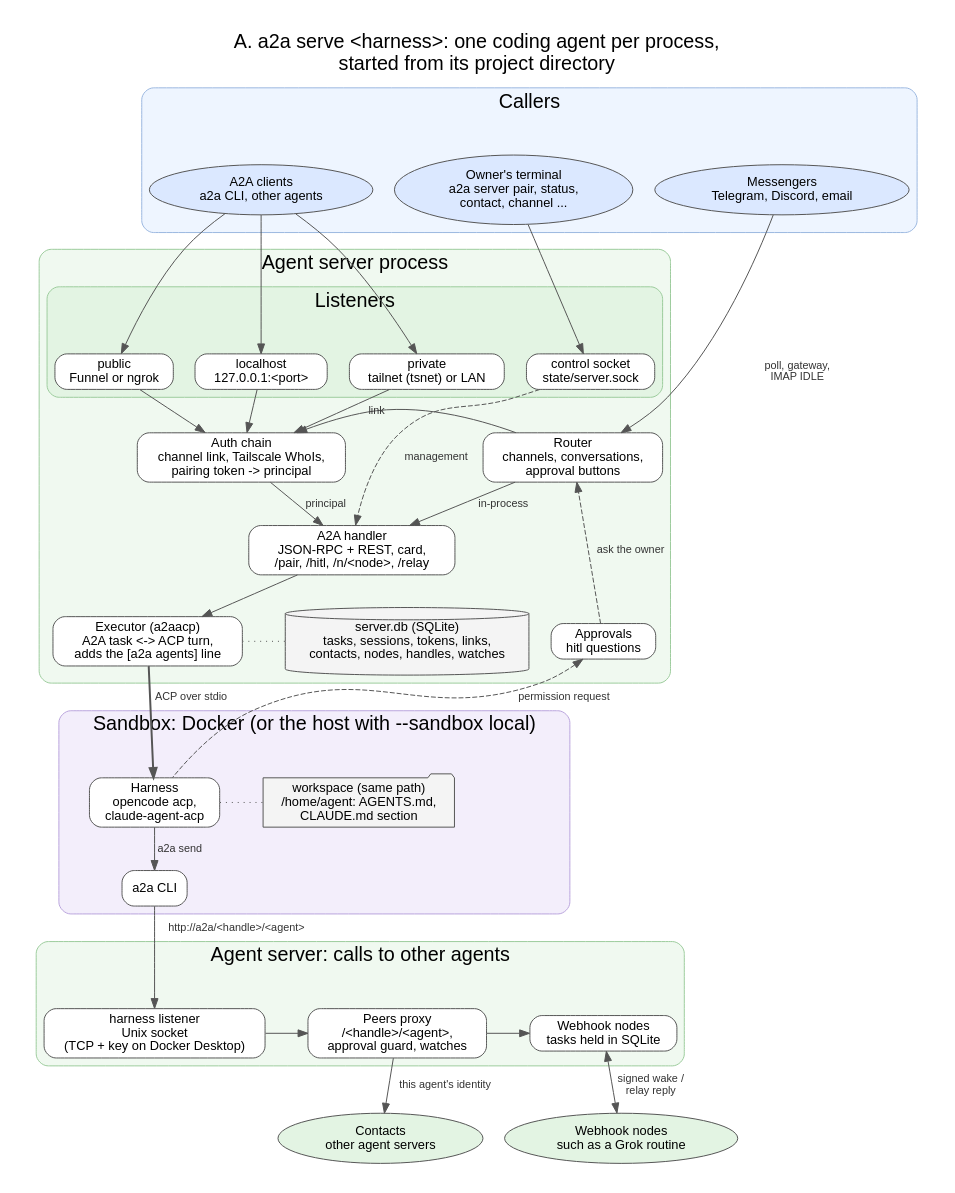
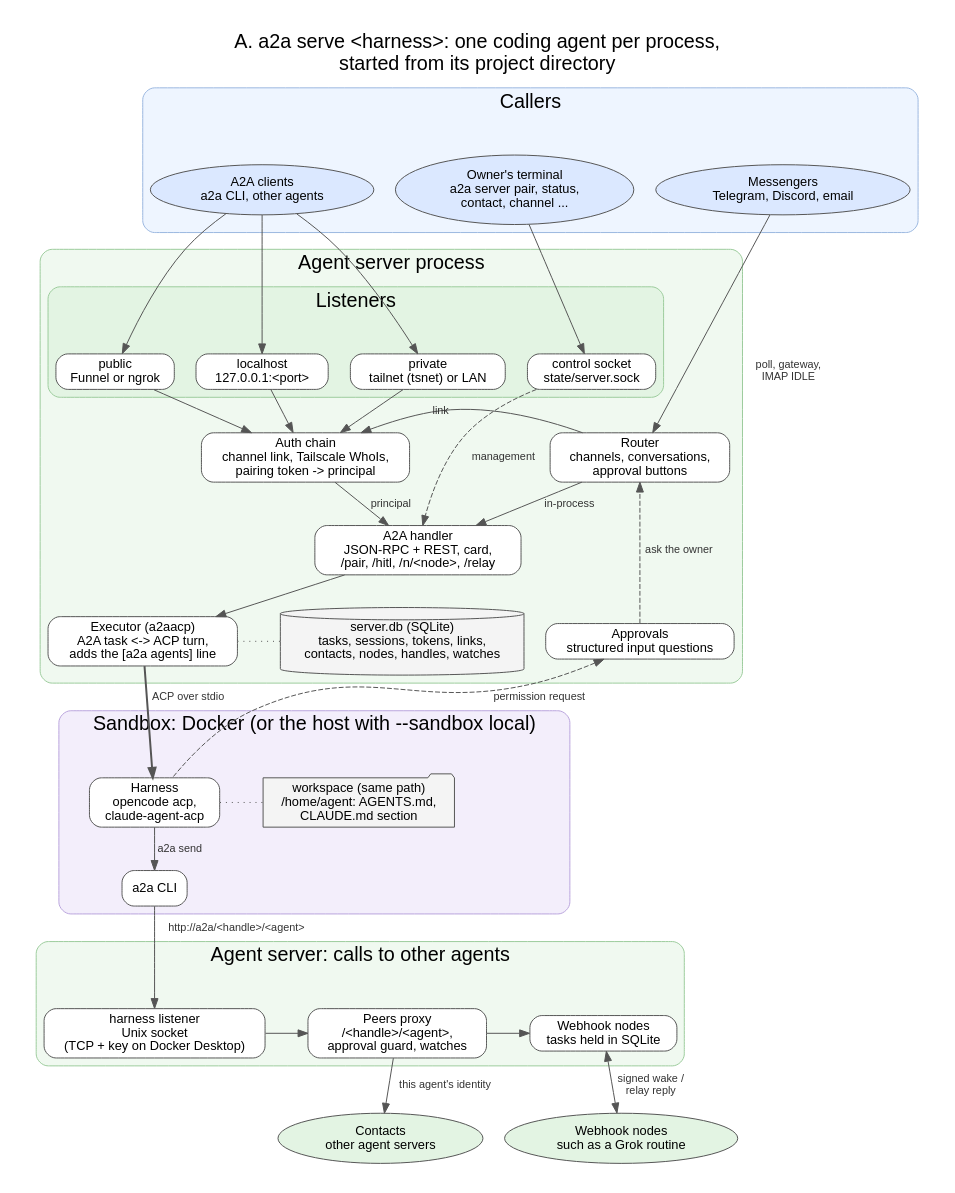
The diagram in docs/graphs/agent-server-overview.dot (a2aproject/a2a-serve), drawn with Graphviz before and after one commit. The commit also changed 24 other files, not shown here.

```diff
--- a/docs/graphs/agent-server-overview.dot
+++ b/docs/graphs/agent-server-overview.dot
@@ -1,86 +1,86 @@
 // A. Overview: who reaches the agent server, what runs inside it, and
 // where the harness runs. Top to bottom: callers, listeners, server core,
 // sandbox, calls to other agents.
 // Render: dot -Tpng -Gdpi=110 agent-server-overview.dot -o agent-server-overview.png
 digraph agent_server_overview {
   rankdir=TB;
   graph [fontname="Helvetica", nodesep=0.3, ranksep=0.45, pad=0.3, compound=true, newrank=true,
          label="A. a2a serve <harness>: one coding agent per process,\nstarted from its project directory", labelloc=t, fontsize=20];
   node  [fontname="Helvetica", fontsize=13, shape=box, style="rounded,filled", fillcolor="#ffffff", color="#555555"];
   edge  [fontname="Helvetica", fontsize=11, color="#555555", fontcolor="#333333"];
 
   subgraph cluster_callers {
     label="Callers"; style="rounded,filled"; fillcolor="#eef5ff"; color="#9bb7e0";
     { rank=same;
       Messenger [label="Messengers\nTelegram, Discord, email", shape=ellipse, fillcolor="#dbe8ff"];
       Client    [label="A2A clients\na2a CLI, other agents", shape=ellipse, fillcolor="#dbe8ff"];
       Owner     [label="Owner's terminal\na2a server pair, status,\ncontact, channel ...", shape=ellipse, fillcolor="#dbe8ff"];
     }
   }
 
   subgraph cluster_server {
     label="Agent server process"; style="rounded,filled"; fillcolor="#f0f9f0"; color="#9ccc9c";
     subgraph cluster_in {
       label="Listeners"; style="rounded,filled"; fillcolor="#e3f4e3"; color="#9ccc9c";
       { rank=same;
         Local   [label="localhost\n127.0.0.1:<port>"];
         Private [label="private\ntailnet (tsnet) or LAN"];
         Public  [label="public\nFunnel or ngrok"];
         Control [label="control socket\nstate/server.sock"];
       }
     }
     Router  [label="Router\nchannels, conversations,\napproval buttons"];
     Auth    [label="Auth chain\nchannel link, Tailscale WhoIs,\npairing token -> principal"];
     Handler [label="A2A handler\nJSON-RPC + REST, card,\n/pair, /hitl, /n/<node>, /relay"];
-    Approvals [label="Approvals\nhitl questions"];
+    Approvals [label="Approvals\nstructured input questions"];
     Exec    [label="Executor (a2aacp)\nA2A task <-> ACP turn,\nadds the [a2a agents] line"];
     DB      [label="server.db (SQLite)\ntasks, sessions, tokens, links,\ncontacts, nodes, handles, watches", shape=cylinder, fillcolor="#f4f4f4"];
   }
 
   subgraph cluster_sandbox {
     label="Sandbox: Docker (or the host with --sandbox local)"; style="rounded,filled"; fillcolor="#f3eefb"; color="#b9a4dd";
     { rank=same;
       Harness [label="Harness\nopencode acp,\nclaude-agent-acp"];
       Files   [label="workspace (same path)\n/home/agent: AGENTS.md,\nCLAUDE.md section", shape=folder, fillcolor="#f4f4f4"];
     }
     CLI [label="a2a CLI"];
   }
 
   subgraph cluster_out {
     label="Agent server: calls to other agents"; style="rounded,filled"; fillcolor="#f0f9f0"; color="#9ccc9c";
     { rank=same;
       HSock [label="harness listener\nUnix socket\n(TCP + key on Docker Desktop)"];
       Peers [label="Peers proxy\n/<handle>/<agent>,\napproval guard, watches"];
       Nodes [label="Webhook nodes\ntasks held in SQLite"];
     }
   }
 
   { rank=same;
     Remote  [label="Contacts\nother agent servers", shape=ellipse, fillcolor="#e3f4e3"];
     Webhook [label="Webhook nodes\nsuch as a Grok routine", shape=ellipse, fillcolor="#e3f4e3"];
   }
 
   { rank=same; Router; Auth; }
   { rank=same; Approvals; Exec; DB; }
 
   Messenger -> Router [label="poll, gateway,\nIMAP IDLE"];
   Client -> Local; Client -> Private; Client -> Public;
   Owner -> Control;
   Local -> Auth; Private -> Auth; Public -> Auth;
   Router -> Auth [label="link"];
   Router -> Handler [label="in-process"];
   Auth -> Handler [label="principal"];
   Control -> Handler [label="management", style=dashed];
   Handler -> Exec;
   Approvals -> Router [label="ask the owner", style=dashed];
   Exec -> DB [dir=none, style=dotted];
   Exec -> Harness [label="ACP over stdio", style=bold];
   Approvals -> Harness [label="permission request", style=dashed, dir=back];
   Harness -> Files [dir=none, style=dotted];
   Harness -> CLI [label="a2a send"];
   CLI -> HSock [label="http://a2a/<handle>/<agent>"];
   HSock -> Peers;
   Peers -> Nodes;
   Peers -> Remote [label="this agent's identity"];
   Nodes -> Webhook [label="signed wake /\nrelay reply", dir=both];
 }
```
